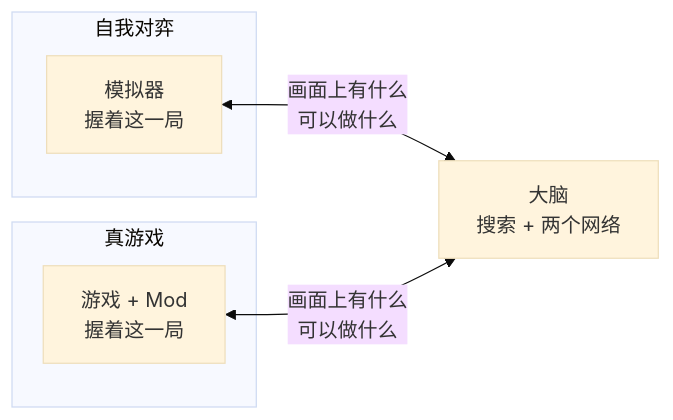
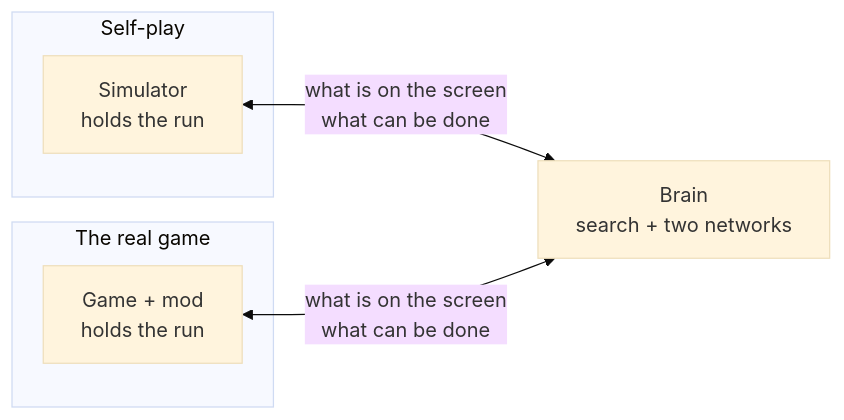
The diagram in docs/src/content/docs/real-game.mdx (shinnku-nikaidou/spire-zero), drawn with Mermaid (base theme) before and after one commit. The commit also changed other lines of this file and 83 other files, not shown here.

````diff
--- a/docs/src/content/docs/real-game.mdx
+++ b/docs/src/content/docs/real-game.mdx
@@ -9,11 +9,11 @@
 ```mermaid
 flowchart LR
-  subgraph A["自我对弈"]
-    SIM["模拟器<br/>握着这一局"]
+  subgraph A["Self-play"]
+    SIM["Simulator<br/>holds the run"]
   end
-  subgraph B["真游戏"]
-    MOD["游戏 + Mod<br/>握着这一局"]
+  subgraph B["The real game"]
+    MOD["Game + mod<br/>holds the run"]
   end
-  SIM <-->|"画面上有什么<br/>可以做什么"| BR["大脑<br/>搜索 + 两个网络"]
-  MOD <-->|"画面上有什么<br/>可以做什么"| BR
+  SIM <-->|"what is on the screen<br/>what can be done"| BR["Brain<br/>search + two networks"]
+  MOD <-->|"what is on the screen<br/>what can be done"| BR
 ```
````
